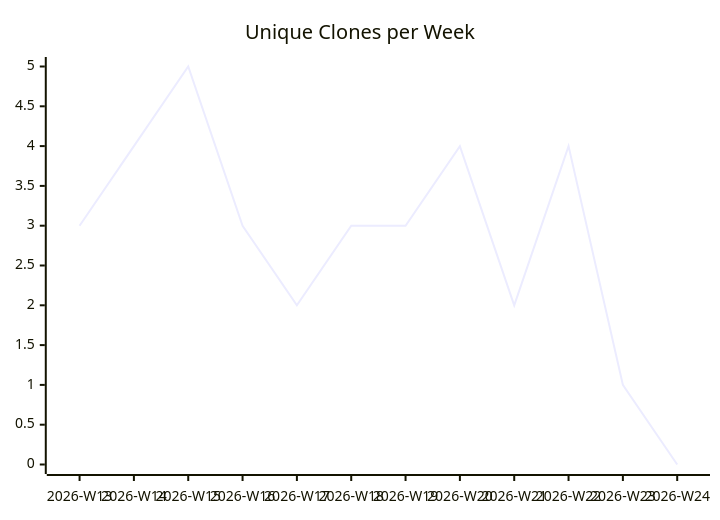
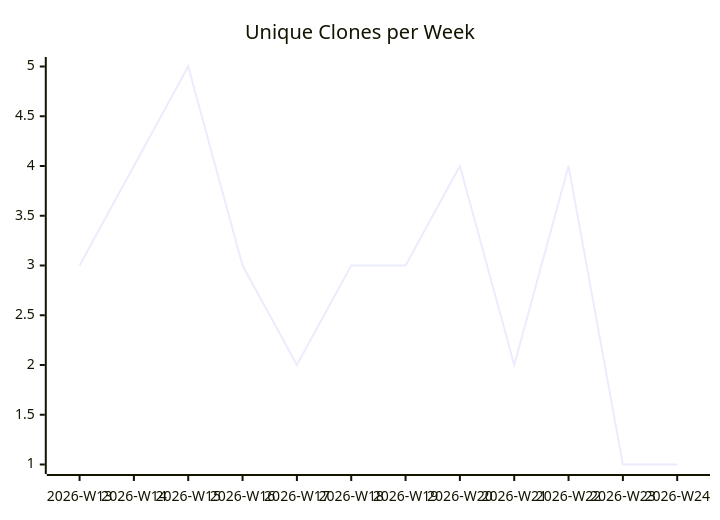
Before and after one commit to justdavis-family/github-analytics-data: the third of 3 diagrams in karlmdavis/justdavis-karl/README.md, drawn with Mermaid. The commit also changed other lines of this file and 194 other files, not shown here.

````diff
--- a/karlmdavis/justdavis-karl/README.md
+++ b/karlmdavis/justdavis-karl/README.md
@@ -19,6 +19,6 @@
 ```mermaid
 xychart-beta
   title "Unique Clones per Week"
   x-axis ["2026-W13", "2026-W14", "2026-W15", "2026-W16", "2026-W17", "2026-W18", "2026-W19", "2026-W20", "2026-W21", "2026-W22", "2026-W23", "2026-W24"]
-  line [3, 4, 5, 3, 2, 3, 3, 4, 2, 4, 1, 0]
+  line [3, 4, 5, 3, 2, 3, 3, 4, 2, 4, 1, 1]
 ```
````
